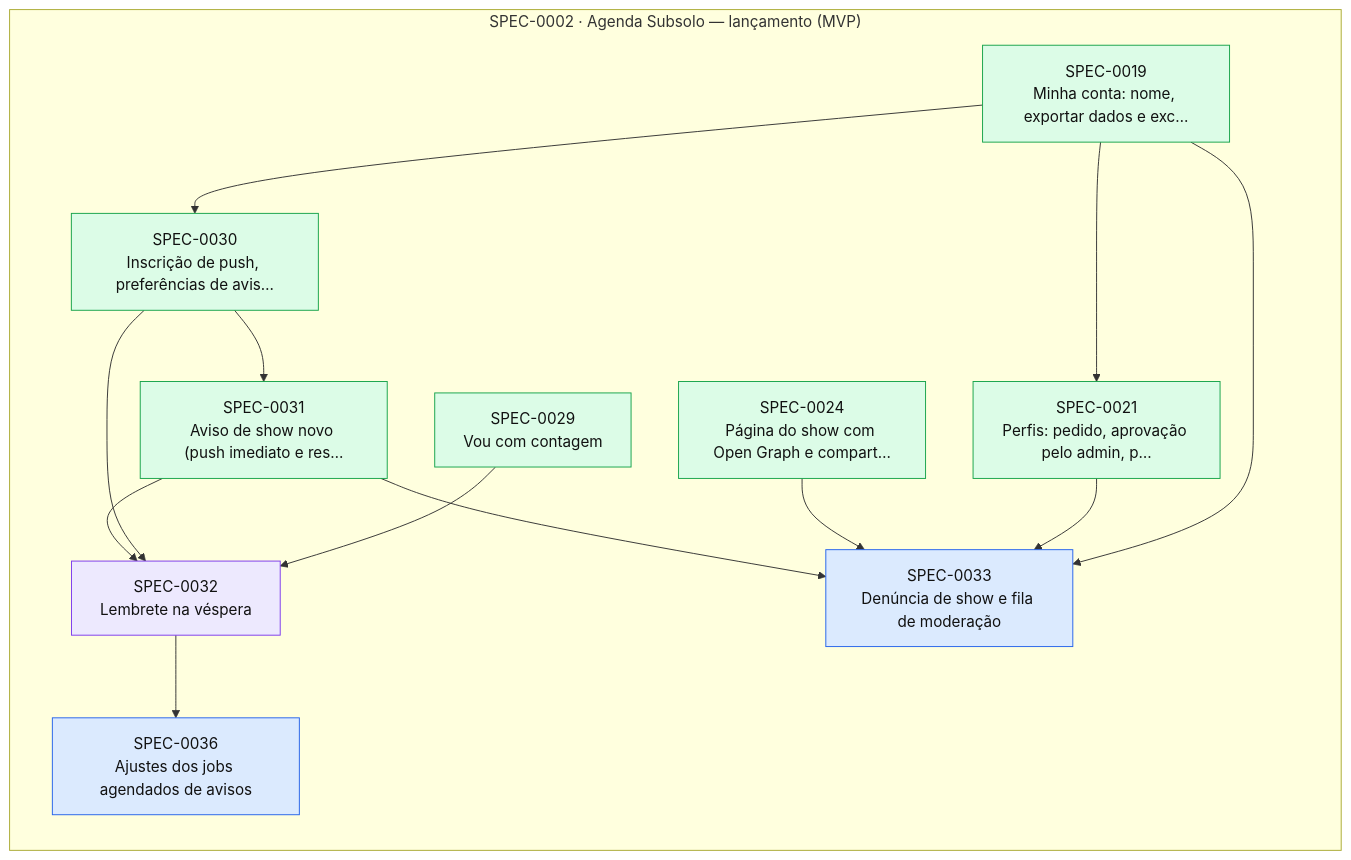
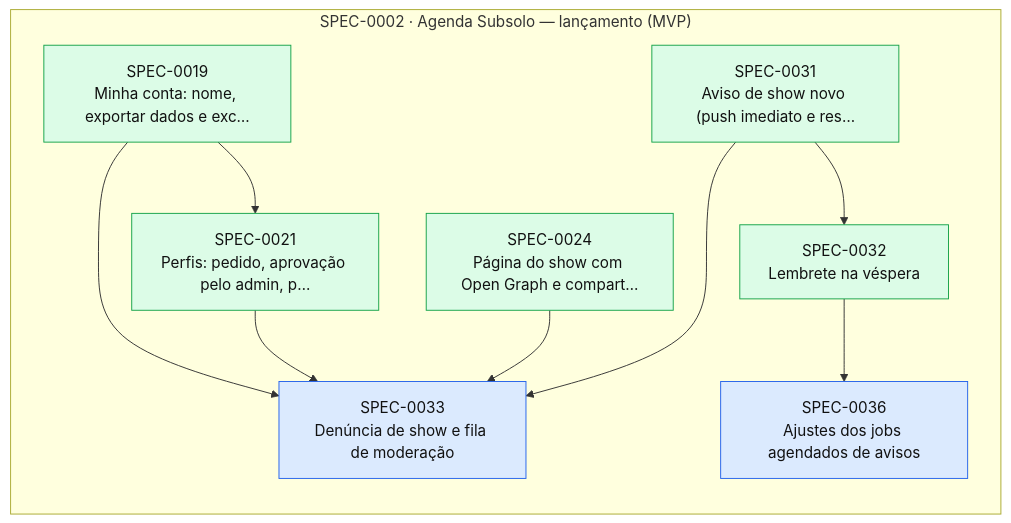
The diagram in docs/specs/INDEX.md (thomasravache/subsolo), drawn with Mermaid before and after one commit. The commit also changed other lines of this file and 3 other files, not shown here.

````diff
--- a/docs/specs/INDEX.md
+++ b/docs/specs/INDEX.md
@@ -68,30 +67,24 @@
 ```mermaid
 flowchart LR
   subgraph E0002["SPEC-0002 · Agenda Subsolo — lançamento (MVP)"]
     S0019["SPEC-0019<br/>Minha conta: nome, exportar dados e exc…"]:::implemented
     S0021["SPEC-0021<br/>Perfis: pedido, aprovação pelo admin, p…"]:::implemented
     S0024["SPEC-0024<br/>Página do show com Open Graph e compart…"]:::implemented
-    S0029["SPEC-0029<br/>Vou com contagem"]:::implemented
-    S0030["SPEC-0030<br/>Inscrição de push, preferências de avis…"]:::implemented
     S0031["SPEC-0031<br/>Aviso de show novo (push imediato e res…"]:::implemented
-    S0032["SPEC-0032<br/>Lembrete na véspera"]:::inprogress
+    S0032["SPEC-0032<br/>Lembrete na véspera"]:::implemented
     S0033["SPEC-0033<br/>Denúncia de show e fila de moderação"]:::approved
     S0036["SPEC-0036<br/>Ajustes dos jobs agendados de avisos"]:::approved
   end
   S0019 --> S0021
-  S0019 --> S0030
-  S0030 --> S0031
-  S0029 --> S0032
-  S0030 --> S0032
   S0031 --> S0032
   S0019 --> S0033
   S0021 --> S0033
   S0024 --> S0033
   S0031 --> S0033
   S0032 --> S0036
   classDef proposed fill:#fef3c7,stroke:#d97706,color:#111
   classDef approved fill:#dbeafe,stroke:#2563eb,color:#111
   classDef inprogress fill:#ede9fe,stroke:#7c3aed,color:#111
   classDef implemented fill:#dcfce7,stroke:#16a34a,color:#111
   classDef deprecated fill:#f3f4f6,stroke:#9ca3af,color:#6b7280
 ```
````
